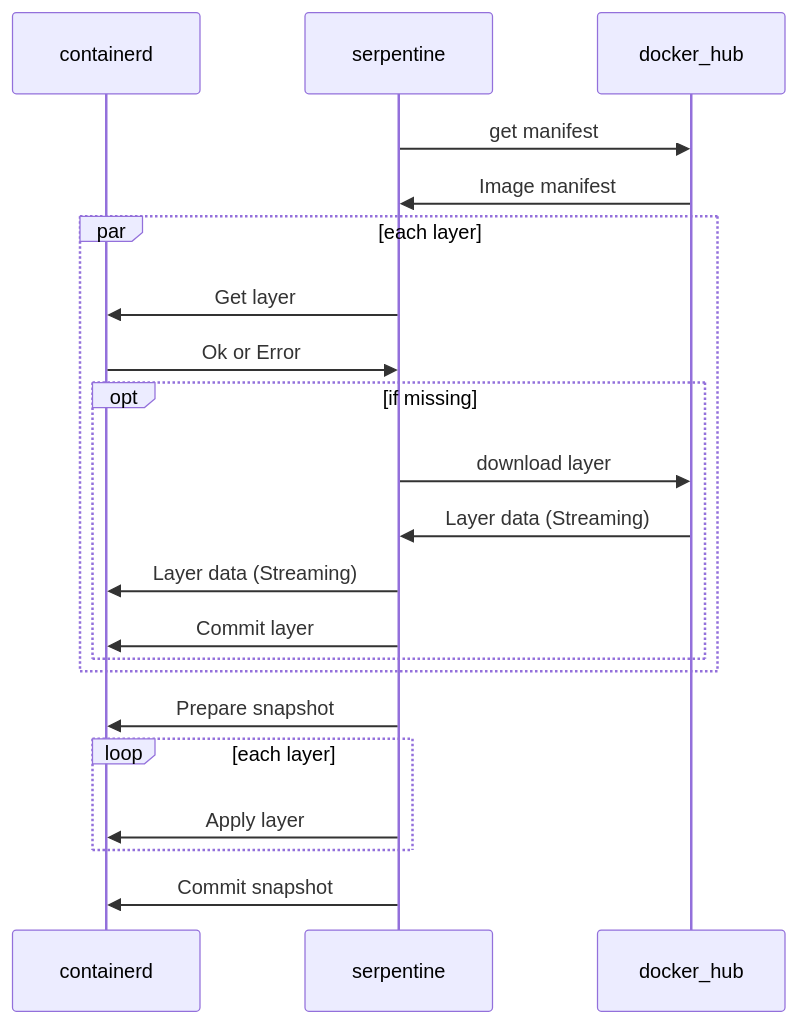
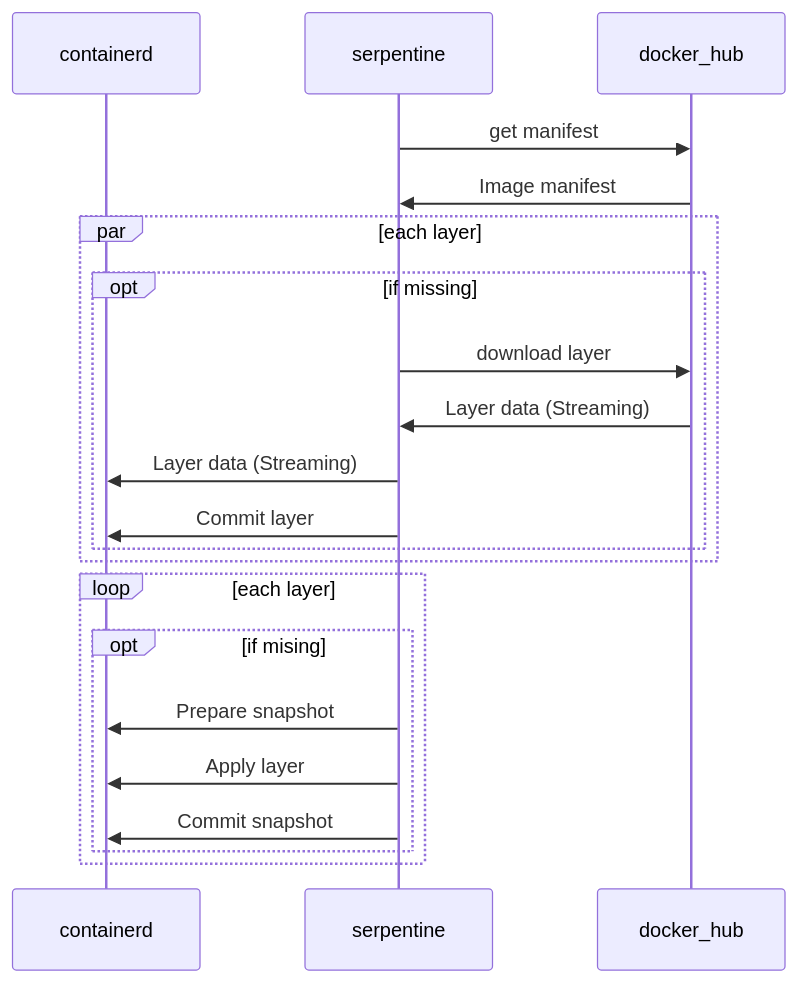
One commit to Serpent-Tools/serpentine changed the second of 4 diagrams in book/src/containerd.md. Above: the diagram before and after it, drawn with Mermaid. The commit also changed 4 other files, not shown here.

````diff
--- a/book/src/containerd.md
+++ b/book/src/containerd.md
@@ -34,28 +34,27 @@
 ```mermaid
 sequenceDiagram
     participant containerd
     participant serpentine
     participant docker_hub
 
     serpentine ->> docker_hub : get manifest
     docker_hub ->> serpentine : Image manifest
 
     par each layer
-        serpentine ->> containerd : Get layer 
-        containerd ->> serpentine : Ok or Error
-
         opt if missing
             serpentine ->> docker_hub : download layer
             docker_hub ->> serpentine : Layer data (Streaming)
             serpentine ->> containerd : Layer data (Streaming)
 
             serpentine ->> containerd : Commit layer
         end
     end
 
-    serpentine ->> containerd : Prepare snapshot
     loop each layer
-        serpentine ->> containerd : Apply layer
+        opt if mising 
+            serpentine ->> containerd : Prepare snapshot
+            serpentine ->> containerd : Apply layer
+            serpentine ->> containerd : Commit snapshot
+        end
     end
-    serpentine ->> containerd : Commit snapshot
 ```
````
